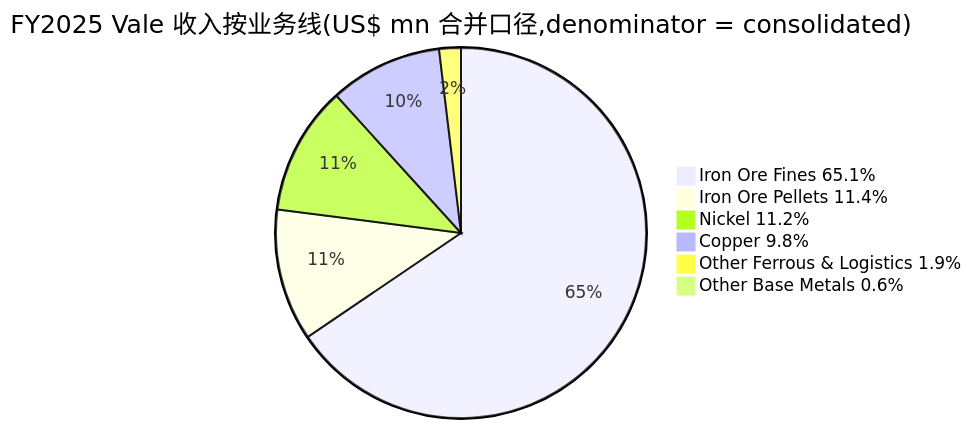
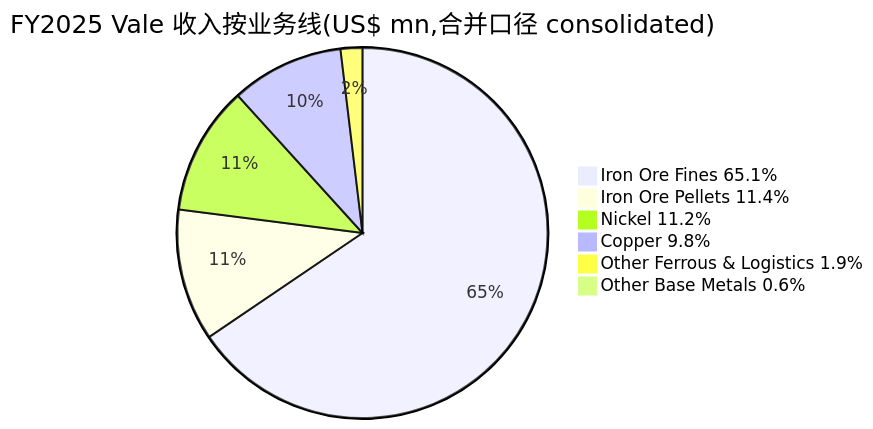
The third of 4 diagrams in reports/company/Vale_NYSE_VALE/Vale_NYSE_VALE_公司研究.md (dadachundan/financial_agent), drawn with Mermaid before and after one commit. The commit also changed other lines of this file and 9 other files, not shown here.

First line of the commit message:
feat(company-research): refresh Vale (VALE) to current spec — decision layer + 9 SVG charts

````diff
--- a/reports/company/Vale_NYSE_VALE/Vale_NYSE_VALE_公司研究.md
+++ b/reports/company/Vale_NYSE_VALE/Vale_NYSE_VALE_公司研究.md
@@ -133,9 +660,9 @@
 ```mermaid
-pie title FY2025 Vale 收入按业务线(US$ mn 合并口径,denominator = consolidated)
+pie title FY2025 Vale 收入按业务线(US$ mn,合并口径 consolidated)
   "Iron Ore Fines 65.1%" : 25010
   "Iron Ore Pellets 11.4%" : 4396
   "Nickel 11.2%" : 4291
   "Copper 9.8%" : 3753
   "Other Ferrous & Logistics 1.9%" : 724
   "Other Base Metals 0.6%" : 229
 ```
````
